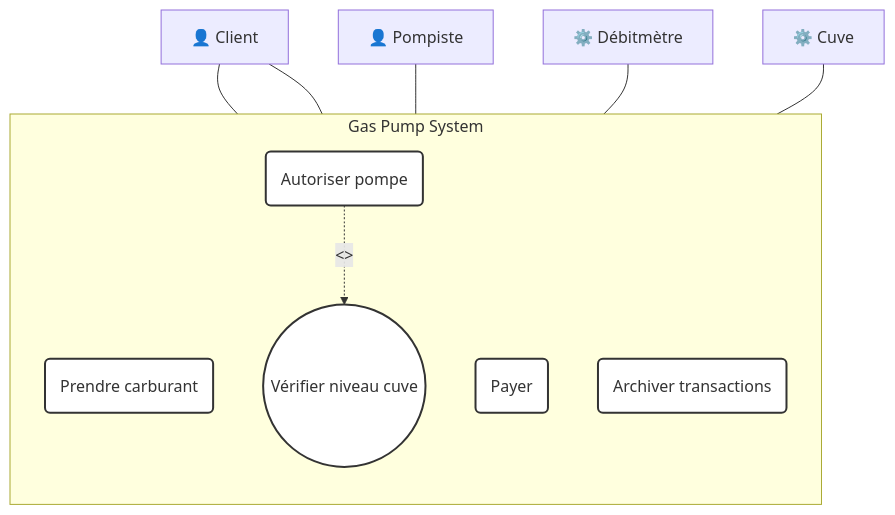
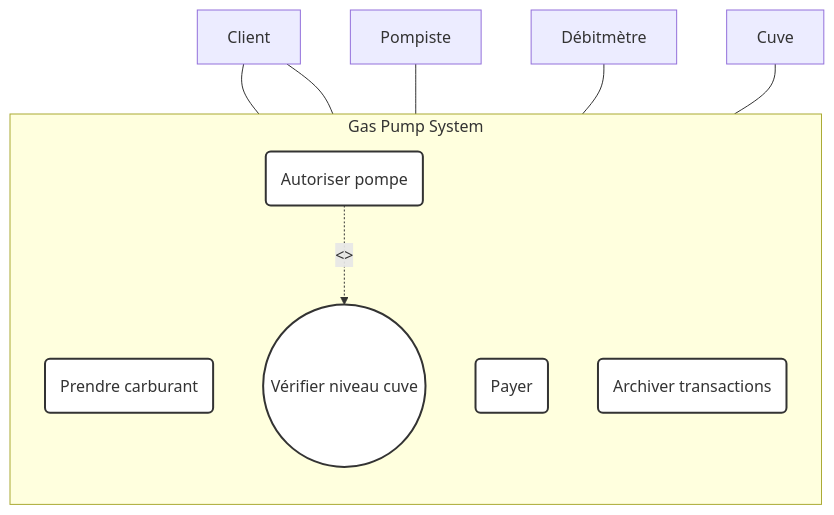
Before and after one commit to Vtheonly/Obsidian_Notes: diagram 15 of 34 in Master 1/S2/Advanced Code Patterns/Chapter 1.1: Use Case Diagram/00100 Excercise.md, drawn with Mermaid. The commit also changed other lines of this file and 3934 other files, not shown here.

````diff
--- a/Master 1/S2/Advanced Code Patterns/Chapter 1.1: Use Case Diagram/00100 Excercise.md
+++ b/Master 1/S2/Advanced Code Patterns/Chapter 1.1: Use Case Diagram/00100 Excercise.md
@@ -763,25 +763,25 @@
 ```mermaid
 graph TD
     subgraph Gas Pump System
         direction TB
         UC_Pump(Prendre carburant)
         UC_Enable(Autoriser pompe)
         UC_CheckTank((Vérifier niveau cuve))
         UC_Pay(Payer)
         UC_Archive(Archiver transactions)
         
         UC_Enable -.->|<<include>>| UC_CheckTank
     end
     
-    A_Client["👤 Client"] --- UC_Pump
+    A_Client[" Client"] --- UC_Pump
     A_Client --- UC_Pay
-    A_Attendant["👤 Pompiste"] --- UC_Enable
-    A_Meter["⚙️ Débitmètre"] --- UC_Pump
-    A_Tank["⚙️ Cuve"] --- UC_CheckTank
+    A_Attendant[" Pompiste"] --- UC_Enable
+    A_Meter[" Débitmètre"] --- UC_Pump
+    A_Tank[" Cuve"] --- UC_CheckTank
     
     style UC_Pump fill:#fff,stroke:#333,stroke-width:2px;
     style UC_Enable fill:#fff,stroke:#333,stroke-width:2px;
     style UC_CheckTank fill:#fff,stroke:#333,stroke-width:2px;
     style UC_Pay fill:#fff,stroke:#333,stroke-width:2px;
     style UC_Archive fill:#fff,stroke:#333,stroke-width:2px;
 ```
````
